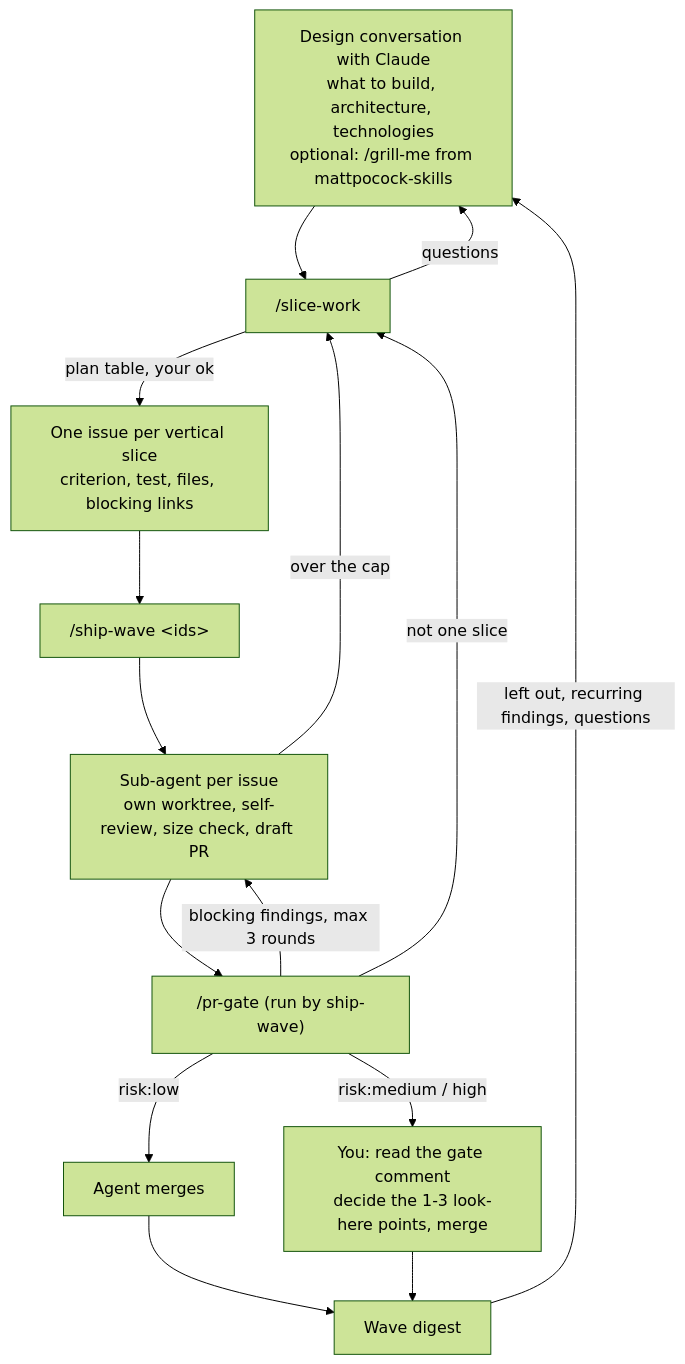
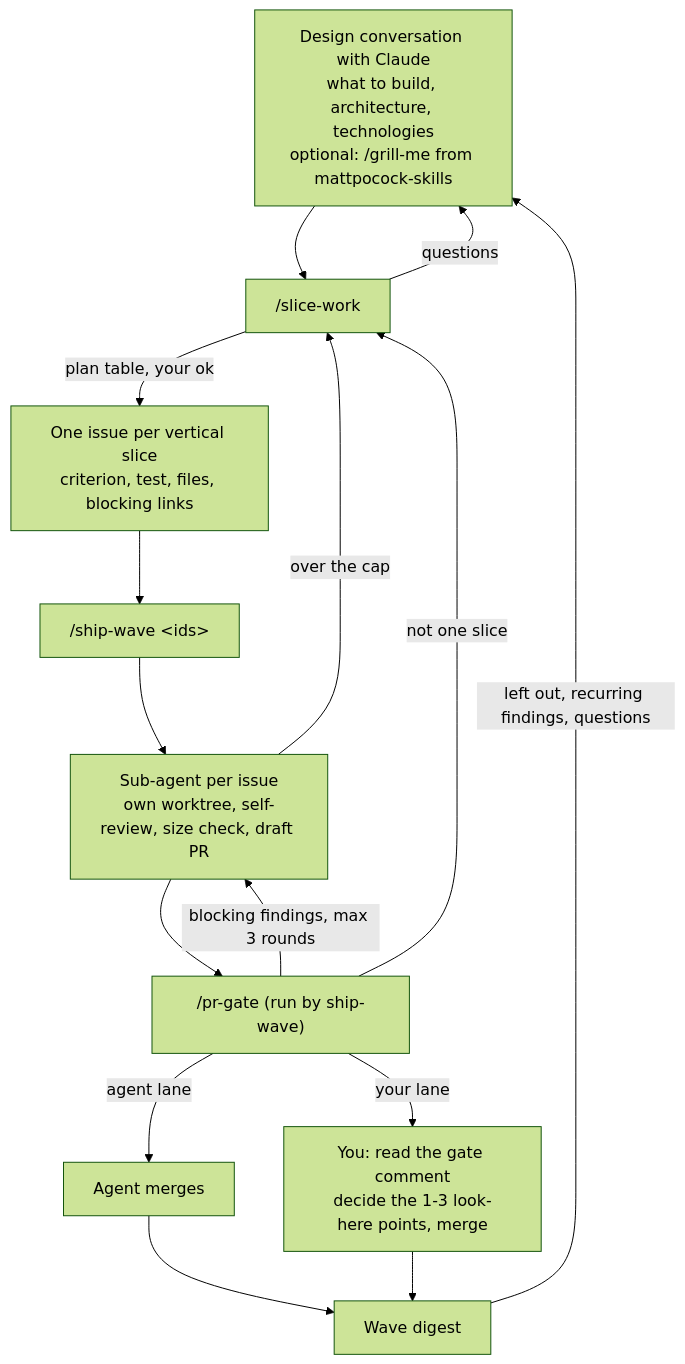
One commit to freshmick/agent-skills changed the diagram in README.md. Above: the diagram before and after it, drawn with Mermaid (forest theme). The commit also changed other lines of this file and 4 other files, not shown here.

First line of the commit message:
pr-gate, ship-wave: two lanes replace the risk tiers (#17)

````diff
--- a/README.md
+++ b/README.md
@@ -27,17 +27,17 @@
 ```mermaid
 flowchart TD
     A[Design conversation with Claude<br/>what to build, architecture, technologies<br/>optional: /grill-me from mattpocock-skills] --> B["/slice-work"]
     B -->|questions| A
     B -->|plan table, your ok| C[One issue per vertical slice<br/>criterion, test, files, blocking links]
     C --> D["/ship-wave &lt;ids&gt;"]
     D --> E[Sub-agent per issue<br/>own worktree, self-review, size check, draft PR]
     E -->|over the cap| B
     E --> F["/pr-gate (run by ship-wave)"]
     F -->|not one slice| B
     F -->|blocking findings, max 3 rounds| E
-    F -->|risk:low| G[Agent merges]
-    F -->|risk:medium / high| H[You: read the gate comment<br/>decide the 1-3 look-here points, merge]
+    F -->|agent lane| G[Agent merges]
+    F -->|your lane| H[You: read the gate comment<br/>decide the 1-3 look-here points, merge]
     G --> I[Wave digest]
     H --> I
     I -->|left out, recurring findings, questions| A
 ```
````
